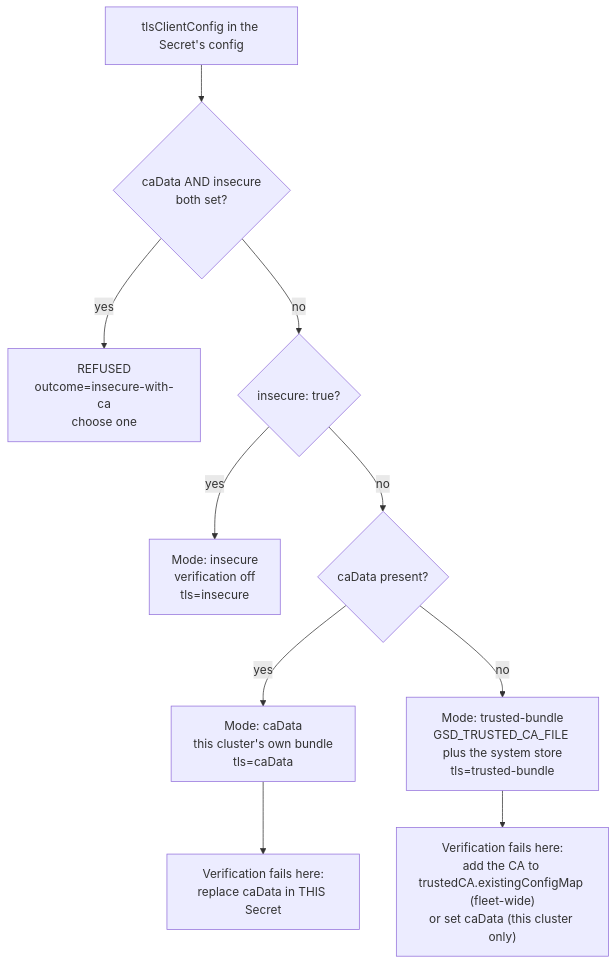
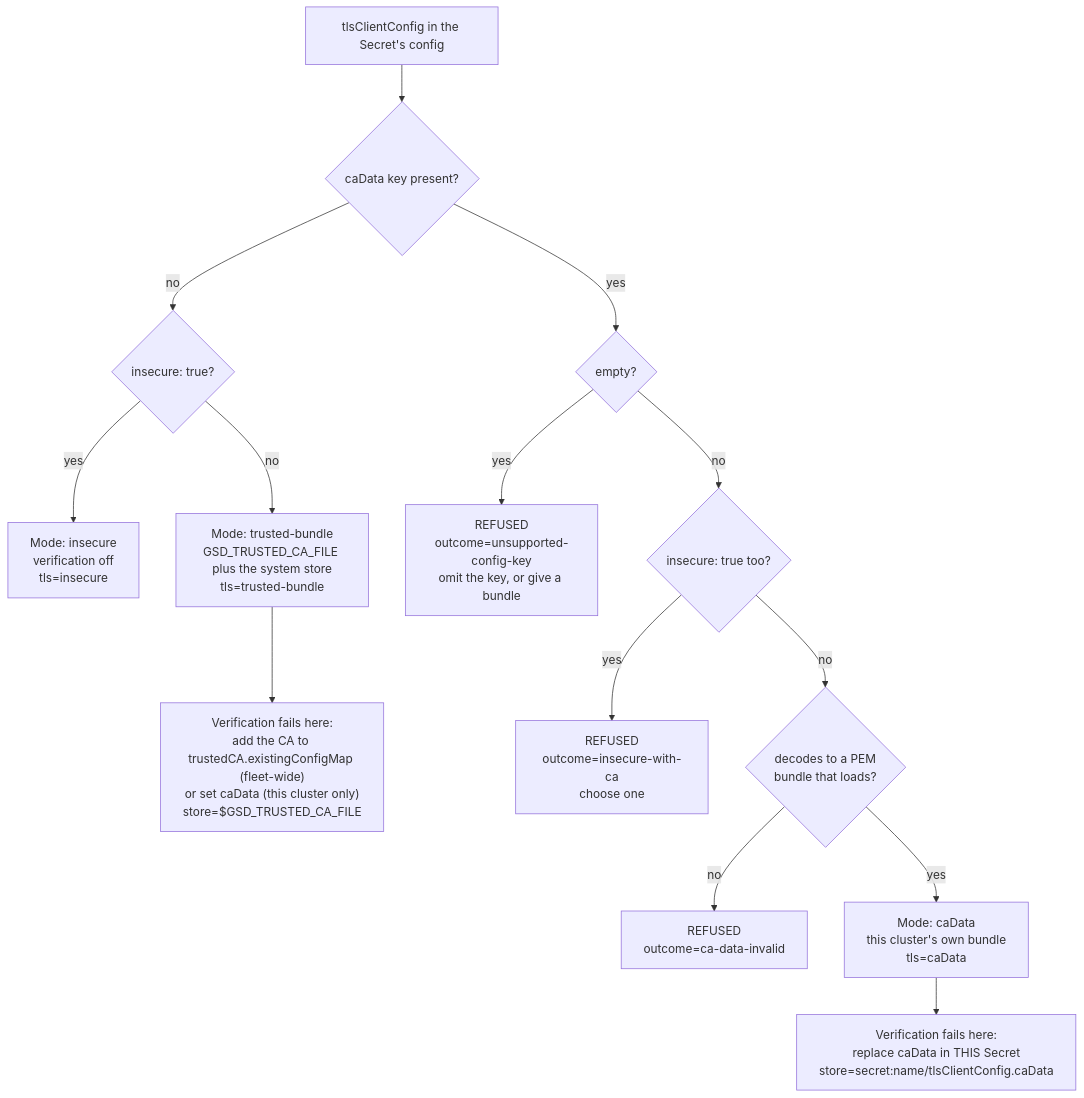
The second of 4 diagrams in docs/DESIGN_cluster_connection_flows.md (ephico2real2/group-sync-dashboard), drawn with Mermaid before and after one commit. The commit also changed other lines of this file and 13 other files, not shown here.

````diff
--- a/docs/DESIGN_cluster_connection_flows.md
+++ b/docs/DESIGN_cluster_connection_flows.md
@@ -82,12 +92,16 @@
 ```mermaid
 flowchart TD
-    A["tlsClientConfig in the Secret's config"] --> B{"caData AND insecure<br/>both set?"}
-    B -- "yes" --> R["REFUSED<br/>outcome=insecure-with-ca<br/>choose one"]
+    A["tlsClientConfig in the Secret's config"] --> B{"caData key present?"}
     B -- "no" --> C{"insecure: true?"}
     C -- "yes" --> I["Mode: insecure<br/>verification off<br/>tls=insecure"]
-    C -- "no" --> D{"caData present?"}
-    D -- "yes" --> E["Mode: caData<br/>this cluster's own bundle<br/>tls=caData"]
-    D -- "no" --> F["Mode: trusted-bundle<br/>GSD_TRUSTED_CA_FILE plus the system store<br/>tls=trusted-bundle"]
-    E --> G["Verification fails here:<br/>replace caData in THIS Secret"]
-    F --> H["Verification fails here:<br/>add the CA to trustedCA.existingConfigMap (fleet-wide)<br/>or set caData (this cluster only)"]
+    C -- "no" --> F["Mode: trusted-bundle<br/>GSD_TRUSTED_CA_FILE plus the system store<br/>tls=trusted-bundle"]
+    B -- "yes" --> B2{"empty?"}
+    B2 -- "yes" --> R0["REFUSED<br/>outcome=unsupported-config-key<br/>omit the key, or give a bundle"]
+    B2 -- "no" --> B3{"insecure: true too?"}
+    B3 -- "yes" --> R["REFUSED<br/>outcome=insecure-with-ca<br/>choose one"]
+    B3 -- "no" --> B4{"decodes to a PEM<br/>bundle that loads?"}
+    B4 -- "no" --> R2["REFUSED<br/>outcome=ca-data-invalid"]
+    B4 -- "yes" --> E["Mode: caData<br/>this cluster's own bundle<br/>tls=caData"]
+    E --> G["Verification fails here:<br/>replace caData in THIS Secret<br/>store=secret:name/tlsClientConfig.caData"]
+    F --> H["Verification fails here:<br/>add the CA to trustedCA.existingConfigMap (fleet-wide)<br/>or set caData (this cluster only)<br/>store=$GSD_TRUSTED_CA_FILE"]
 ```
````
